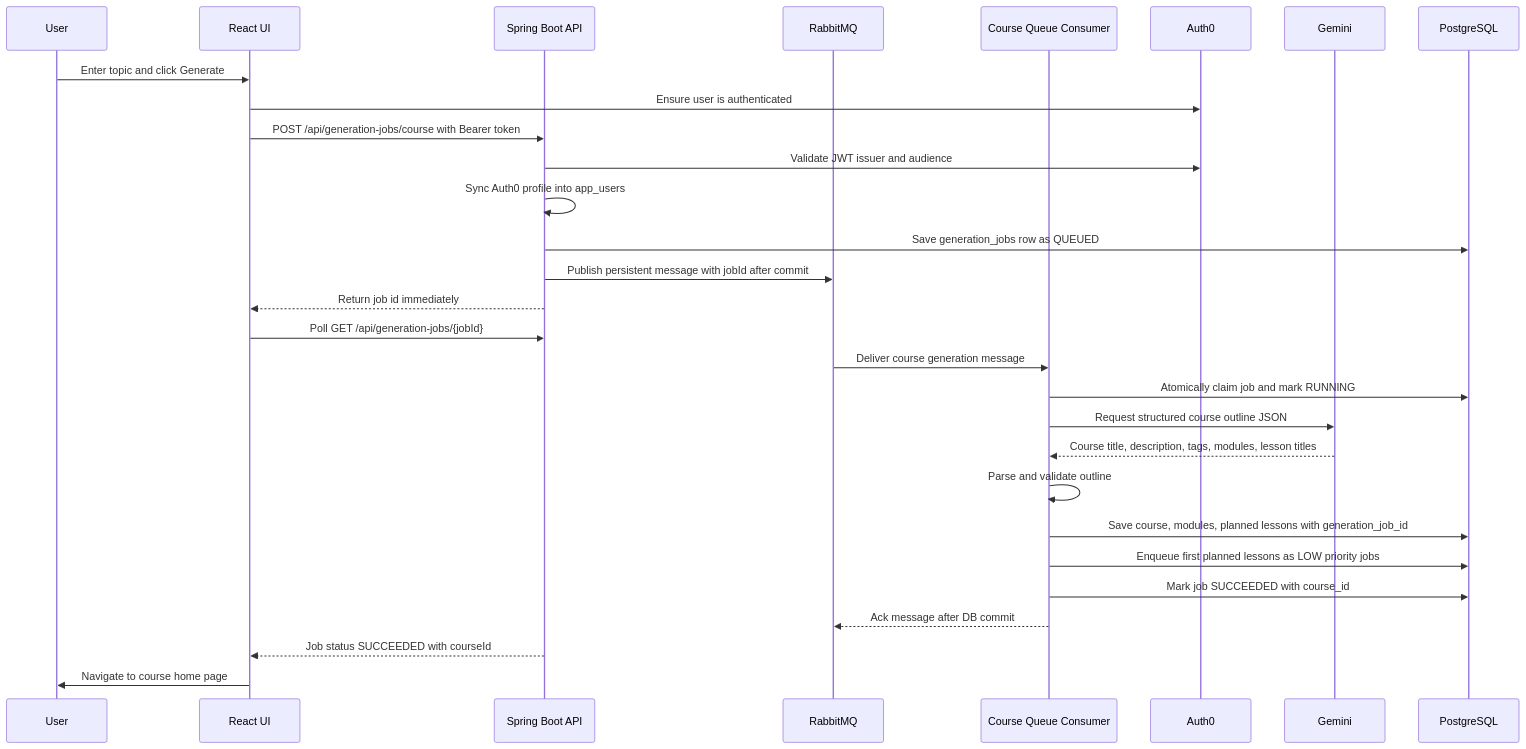
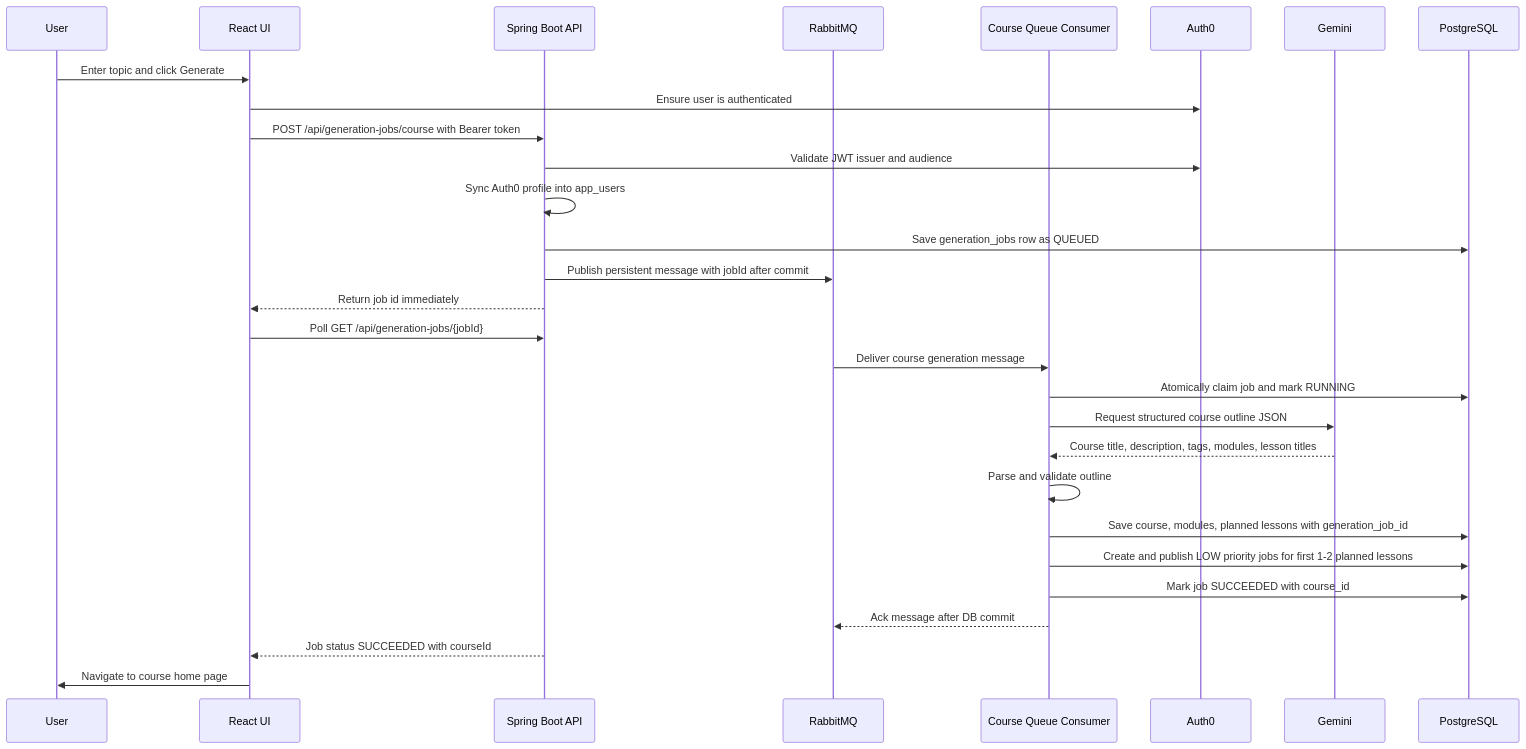
The second of 8 diagrams in README.md (abhinav1karthik/Text-to-Learn-AI), drawn with Mermaid before and after one commit. The commit also changed other lines of this file, not shown here.

Commit message:
Document final queue-backed architecture

````diff
--- a/README.md
+++ b/README.md
@@ -81,32 +87,32 @@
 ```mermaid
 sequenceDiagram
     participant U as User
     participant UI as React UI
     participant API as Spring Boot API
     participant MQ as RabbitMQ
     participant W as Course Queue Consumer
     participant A0 as Auth0
     participant G as Gemini
     participant DB as PostgreSQL
 
     U->>UI: Enter topic and click Generate
     UI->>A0: Ensure user is authenticated
     UI->>API: POST /api/generation-jobs/course with Bearer token
     API->>A0: Validate JWT issuer and audience
     API->>API: Sync Auth0 profile into app_users
     API->>DB: Save generation_jobs row as QUEUED
     API->>MQ: Publish persistent message with jobId after commit
     API-->>UI: Return job id immediately
     UI->>API: Poll GET /api/generation-jobs/{jobId}
     MQ->>W: Deliver course generation message
     W->>DB: Atomically claim job and mark RUNNING
     W->>G: Request structured course outline JSON
     G-->>W: Course title, description, tags, modules, lesson titles
     W->>W: Parse and validate outline
     W->>DB: Save course, modules, planned lessons with generation_job_id
-    W->>DB: Enqueue first planned lessons as LOW priority jobs
+    W->>DB: Create and publish LOW priority jobs for first 1-2 planned lessons
     W->>DB: Mark job SUCCEEDED with course_id
     W-->>MQ: Ack message after DB commit
     API-->>UI: Job status SUCCEEDED with courseId
     UI->>U: Navigate to course home page
 ```
````
